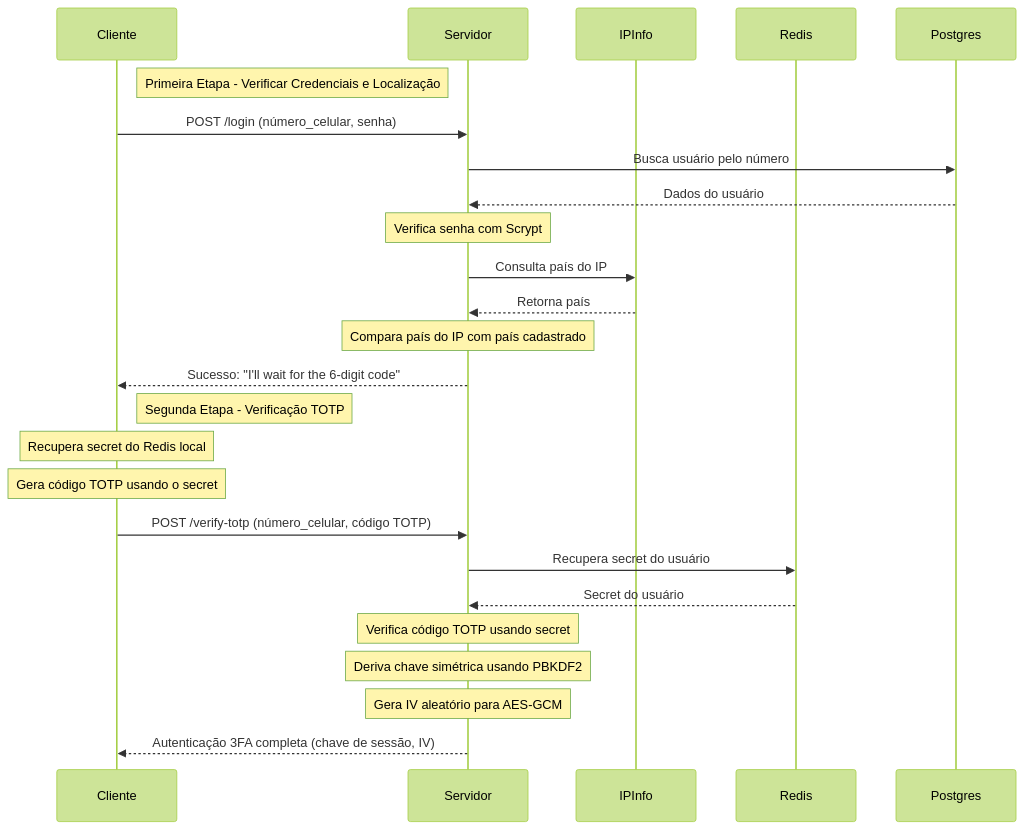
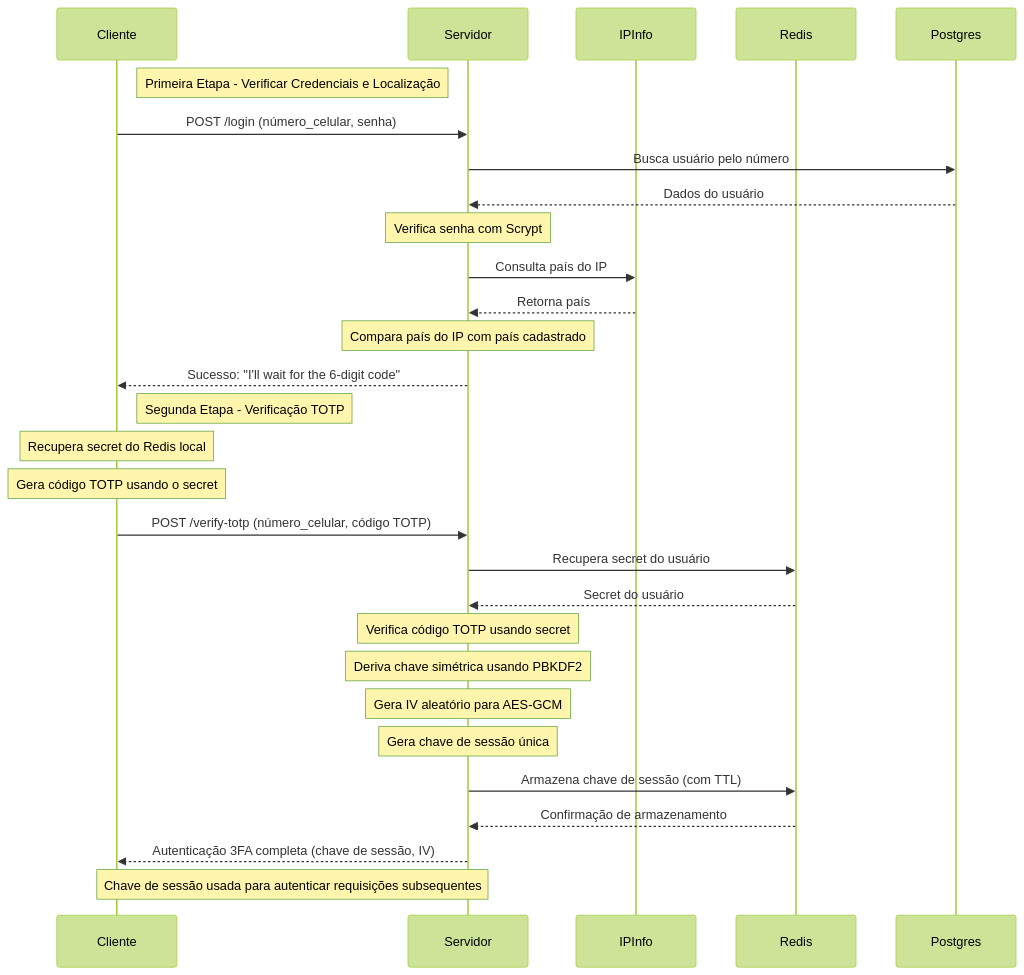
One commit to lgahdl/3fa-server-and-client changed the second of 3 diagrams in README.md. Above: the diagram before and after it, drawn with Mermaid (forest theme). The commit also changed 1 other file, not shown here.

Commit message:
fix: removing posts table; fix: adding the session key storing in the mermaid login diagram.

````diff
--- a/README.md
+++ b/README.md
@@ -194,38 +194,45 @@
 ```mermaid
 sequenceDiagram
     participant Cliente
     participant Servidor
     participant IPInfo
     participant Redis
     participant Postgres
 
     Note right of Cliente: Primeira Etapa - Verificar Credenciais e Localização
 
     Cliente->>Servidor: POST /login (número_celular, senha)
     Servidor->>Postgres: Busca usuário pelo número
     Postgres-->>Servidor: Dados do usuário
 
     Note over Servidor: Verifica senha com Scrypt
     
     Servidor->>IPInfo: Consulta país do IP
     IPInfo-->>Servidor: Retorna país
     
     Note over Servidor: Compara país do IP com país cadastrado
     
     Servidor-->>Cliente: Sucesso: "I'll wait for the 6-digit code"
 
     Note right of Cliente: Segunda Etapa - Verificação TOTP
     
     Note over Cliente: Recupera secret do Redis local
     Note over Cliente: Gera código TOTP usando o secret
     
     Cliente->>Servidor: POST /verify-totp (número_celular, código TOTP)
     Servidor->>Redis: Recupera secret do usuário
     Redis-->>Servidor: Secret do usuário
     
     Note over Servidor: Verifica código TOTP usando secret
     Note over Servidor: Deriva chave simétrica usando PBKDF2
     Note over Servidor: Gera IV aleatório para AES-GCM
     
+    Note over Servidor: Gera chave de sessão única
+    
+    Servidor->>Redis: Armazena chave de sessão (com TTL)
+    Redis-->>Servidor: Confirmação de armazenamento
+    
     Servidor-->>Cliente: Autenticação 3FA completa (chave de sessão, IV)
+    
+    Note over Cliente,Servidor: Chave de sessão usada para autenticar requisições subsequentes
 ```
````
